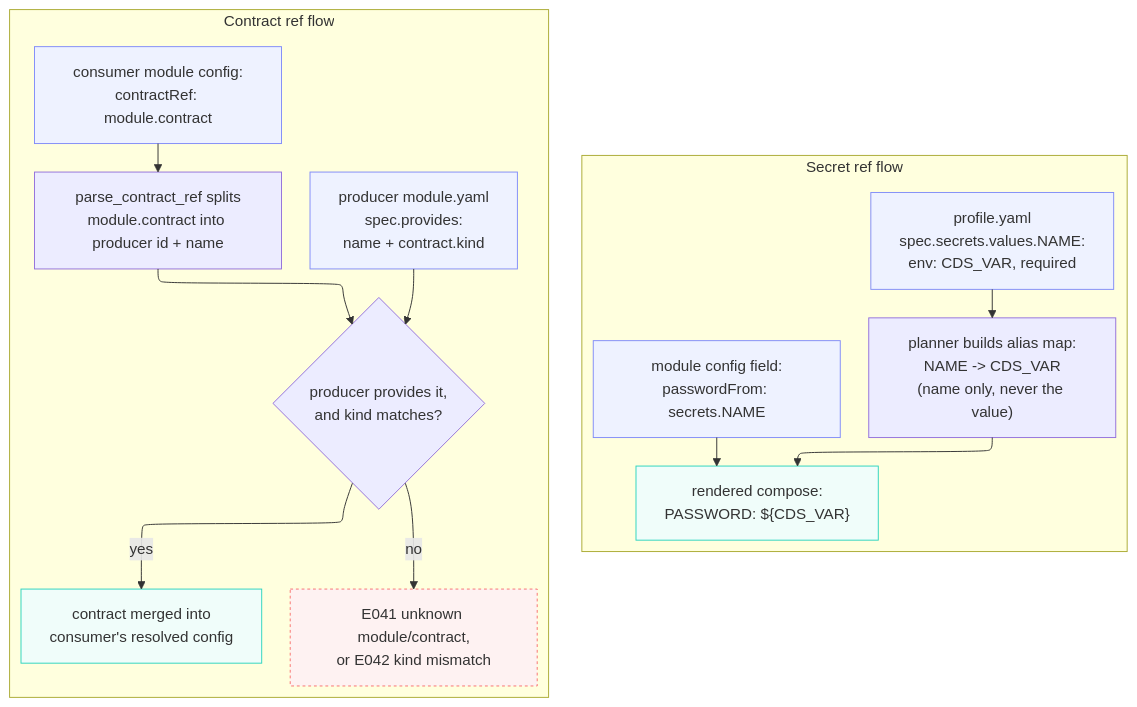
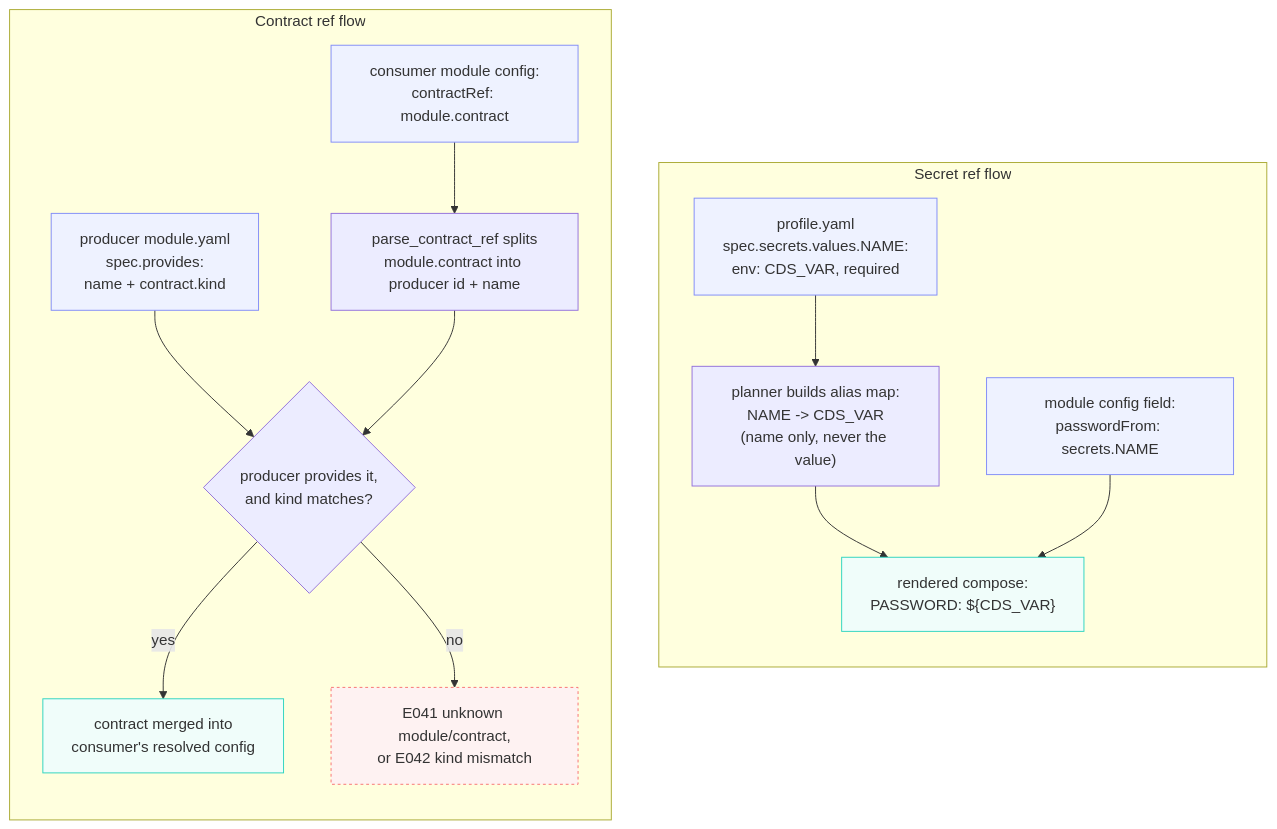
The diagram in docs/architecture.md (RonaldHensbergen/composable-data-stack), drawn with Mermaid before and after one commit. The commit also changed other lines of this file and 1 other file, not shown here.

Commit message:
Removing elk layout

````diff
--- a/docs/architecture.md
+++ b/docs/architecture.md
@@ -103,40 +104,37 @@
 ```mermaid
----
-config:
-  layout: elk
----
 flowchart TD
     subgraph secrets["Secret ref flow"]
         direction TB
         S1["profile.yaml<br/>spec.secrets.values.NAME:<br/>env: CDS_VAR, required"]
         S2["module config field:<br/>passwordFrom: secrets.NAME"]
-        S3["planner builds alias map:<br/>NAME -&gt; CDS_VAR<br/>(name only, never the value)"]
+        S3["planner builds alias map:<br/>NAME -> CDS_VAR<br/>(name only, never the value)"]
         S4["rendered compose:<br/>PASSWORD: ${CDS_VAR}"]
         S1 --> S3
         S3 --> S4
         S2 --> S4
     end
 
     subgraph contracts["Contract ref flow"]
         direction TB
         C1["producer module.yaml<br/>spec.provides:<br/>name + contract.kind"]
         C2["consumer module config:<br/>contractRef: module.contract"]
         C3["parse_contract_ref splits<br/>module.contract into producer id + name"]
         C4{"producer provides it,<br/>and kind matches?"}
         C5["contract merged into<br/>consumer's resolved config"]
         C6["E041 unknown module/contract,<br/>or E042 kind mismatch"]
+
         C1 --> C4
         C2 --> C3
         C3 --> C4
         C4 -->|yes| C5
         C4 -->|no| C6
     end
 
     classDef stage stroke:#818cf8,fill:#eef2ff
     classDef sink stroke:#2dd4bf,fill:#f0fdfa
     classDef stop stroke:#f87171,fill:#fef2f2,stroke-dasharray: 3 3
 
     class S1,S2,C1,C2 stage
     class S4,C5 sink
     class C6 stop
 ```
````
